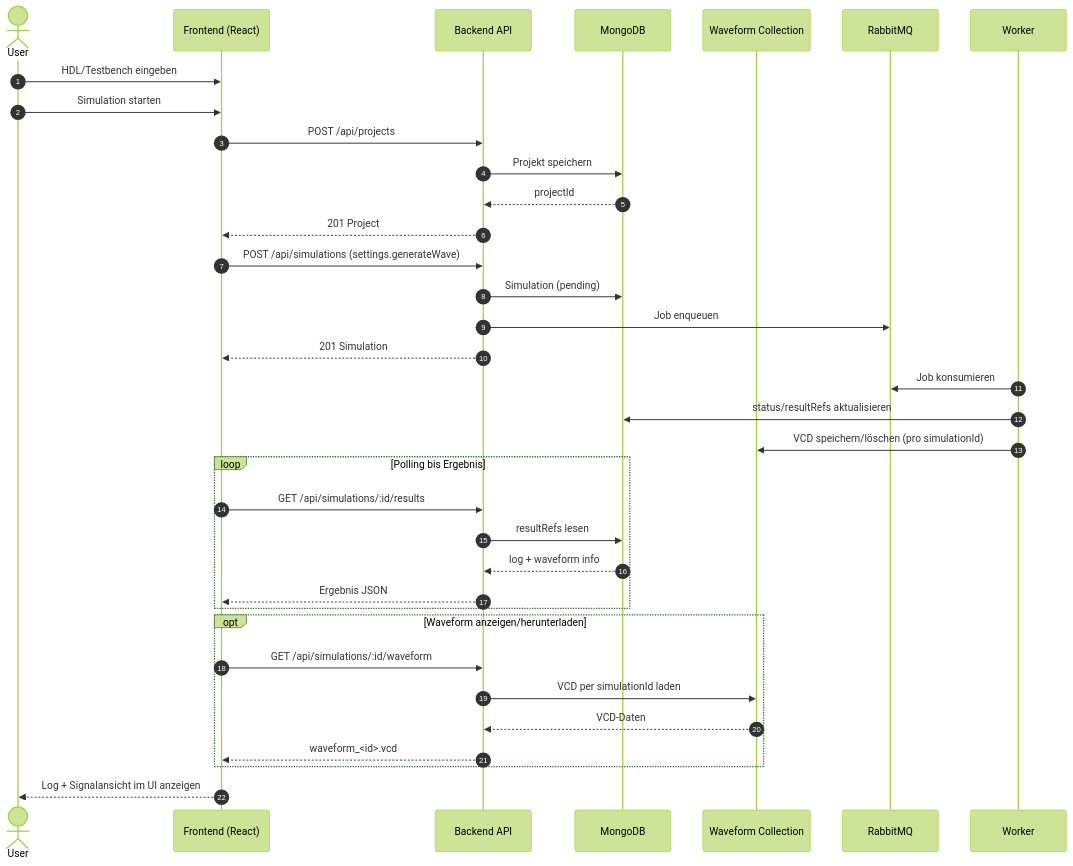
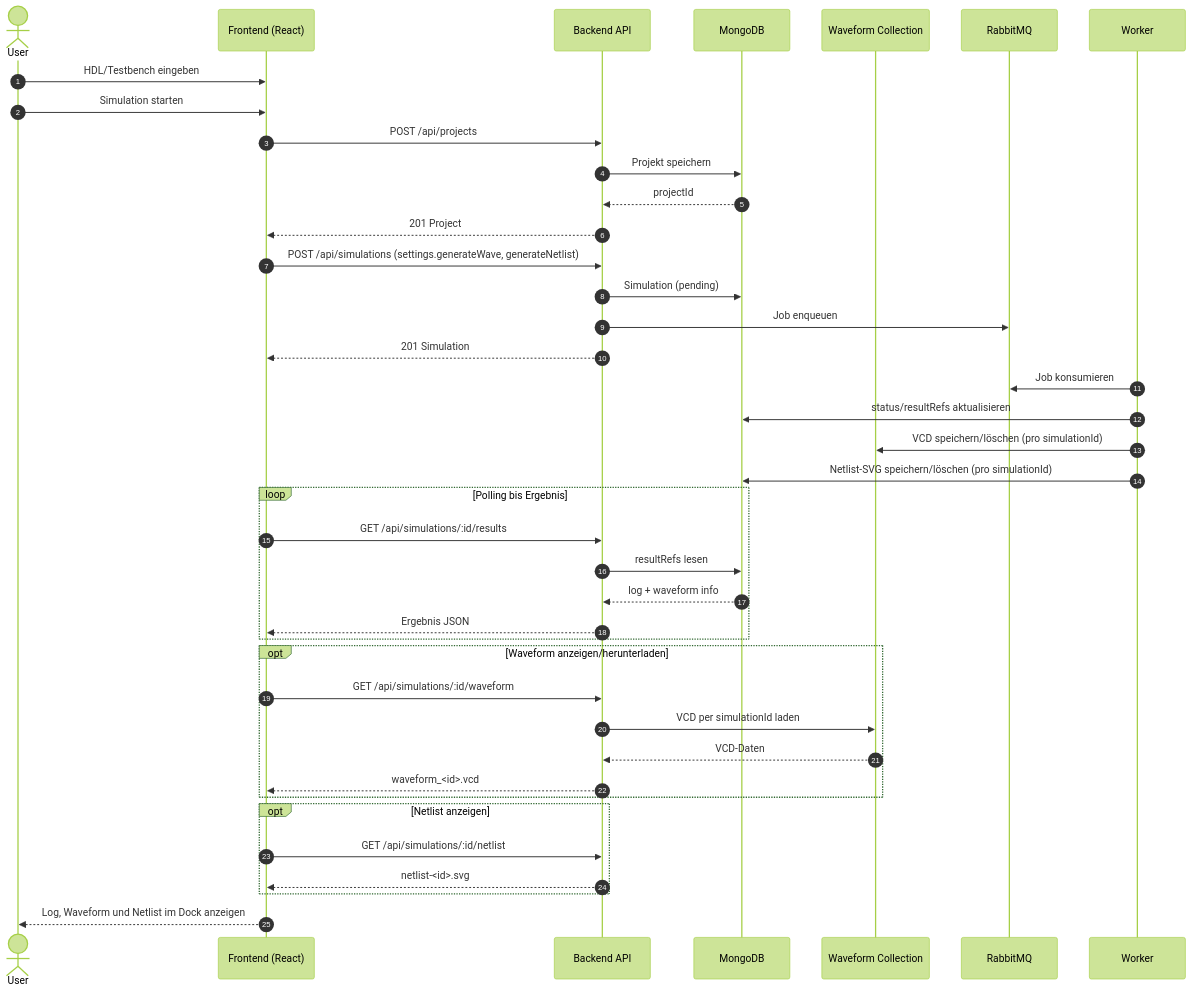
The first of 2 diagrams in apps/frontend/README.md (TrainWayne97/HDLab), drawn with Mermaid (forest theme) before and after one commit. The commit also changed other lines of this file and 7 other files, not shown here.

````diff
--- a/apps/frontend/README.md
+++ b/apps/frontend/README.md
@@ -44,44 +48,50 @@
 ```mermaid
 sequenceDiagram
 		autonumber
 		actor U as User
 		participant FE as Frontend (React)
 		participant BE as Backend API
 		participant DB as MongoDB
 		participant WF as Waveform Collection
 		participant MQ as RabbitMQ
 		participant WK as Worker
 
 		U->>FE: HDL/Testbench eingeben
 		U->>FE: Simulation starten
 
 		FE->>BE: POST /api/projects
 		BE->>DB: Projekt speichern
 		DB-->>BE: projectId
 		BE-->>FE: 201 Project
 
-		FE->>BE: POST /api/simulations (settings.generateWave)
+		FE->>BE: POST /api/simulations (settings.generateWave, generateNetlist)
 		BE->>DB: Simulation (pending)
 		BE->>MQ: Job enqueuen
 		BE-->>FE: 201 Simulation
 
 		WK->>MQ: Job konsumieren
 		WK->>DB: status/resultRefs aktualisieren
 		WK->>WF: VCD speichern/löschen (pro simulationId)
+		WK->>DB: Netlist-SVG speichern/löschen (pro simulationId)
 
 		loop Polling bis Ergebnis
 				FE->>BE: GET /api/simulations/:id/results
 				BE->>DB: resultRefs lesen
 				DB-->>BE: log + waveform info
 				BE-->>FE: Ergebnis JSON
 		end
 
 		opt Waveform anzeigen/herunterladen
 				FE->>BE: GET /api/simulations/:id/waveform
 				BE->>WF: VCD per simulationId laden
 				WF-->>BE: VCD-Daten
 				BE-->>FE: waveform_<id>.vcd
 		end
 
-		FE-->>U: Log + Signalansicht im UI anzeigen
+		opt Netlist anzeigen
+				FE->>BE: GET /api/simulations/:id/netlist
+				BE-->>FE: netlist-<id>.svg
+		end
+
+		FE-->>U: Log, Waveform und Netlist im Dock anzeigen
 ```
````
